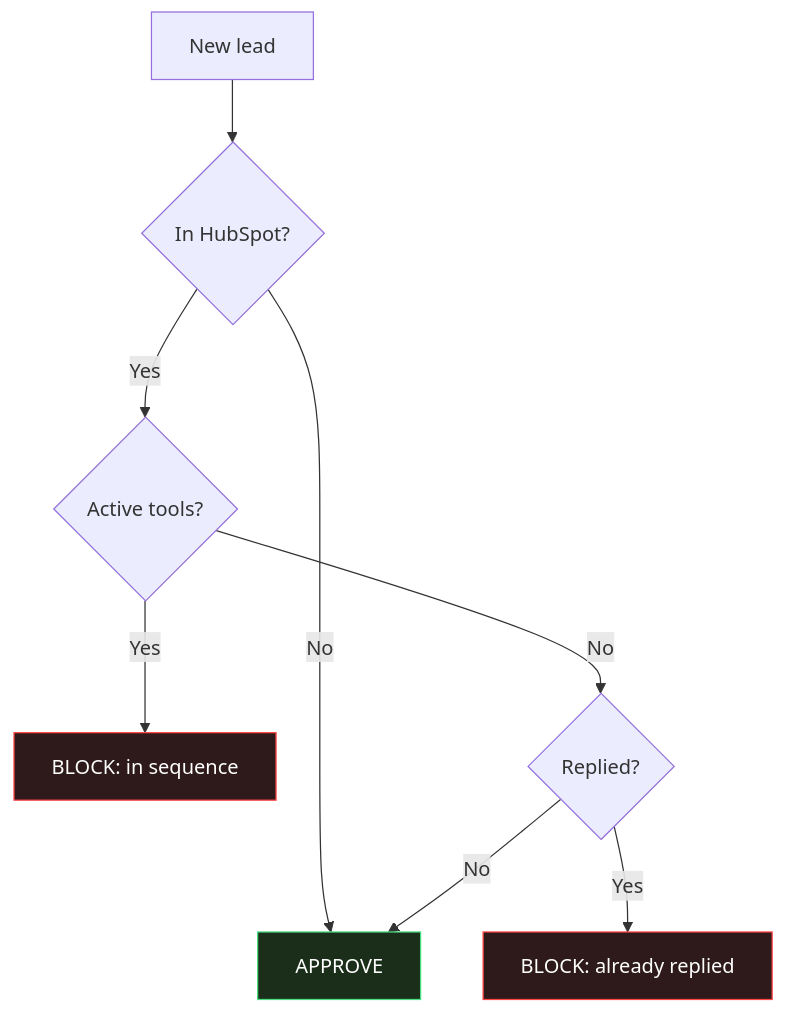
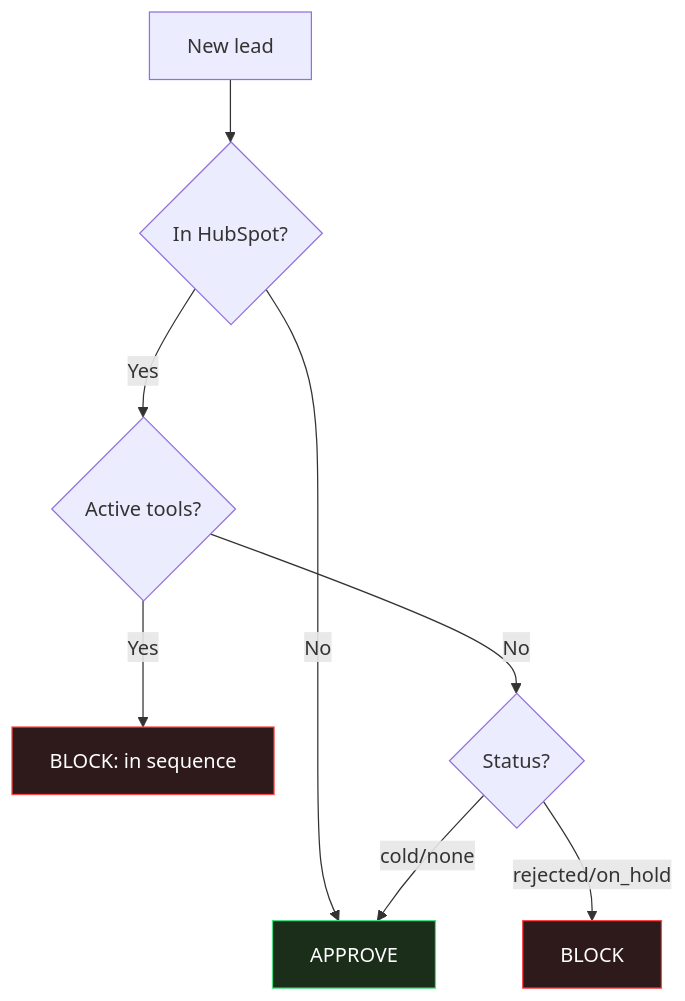
Diagram 11 of 11 in Kernelics email outreaching automation/architecture.md (Artemponomarev/ai-agent-guides), drawn with Mermaid before and after one commit. The commit also changed other lines of this file, not shown here.

First line of the commit message:
Add full task mirroring and automatic lead status management

````diff
--- a/Kernelics email outreaching automation/architecture.md
+++ b/Kernelics email outreaching automation/architecture.md
@@ -210,14 +365,14 @@
 ```mermaid
 flowchart TD
     NEW[New lead] --> Q{In HubSpot?}
     Q -->|No| OK[APPROVE]
     Q -->|Yes| ACT{Active tools?}
     ACT -->|Yes| BL1[BLOCK: in sequence]
-    ACT -->|No| REP{Replied?}
-    REP -->|Yes| BL2[BLOCK: already replied]
-    REP -->|No| OK
+    ACT -->|No| REP{Status?}
+    REP -->|rejected/on_hold| BL2[BLOCK]
+    REP -->|cold/none| OK
 
     style BL1 fill:#2e1a1a,stroke:#ff4545,color:#fff
     style BL2 fill:#2e1a1a,stroke:#ff4545,color:#fff
     style OK fill:#1a2e1a,stroke:#4ade80,color:#fff
 ```
````
